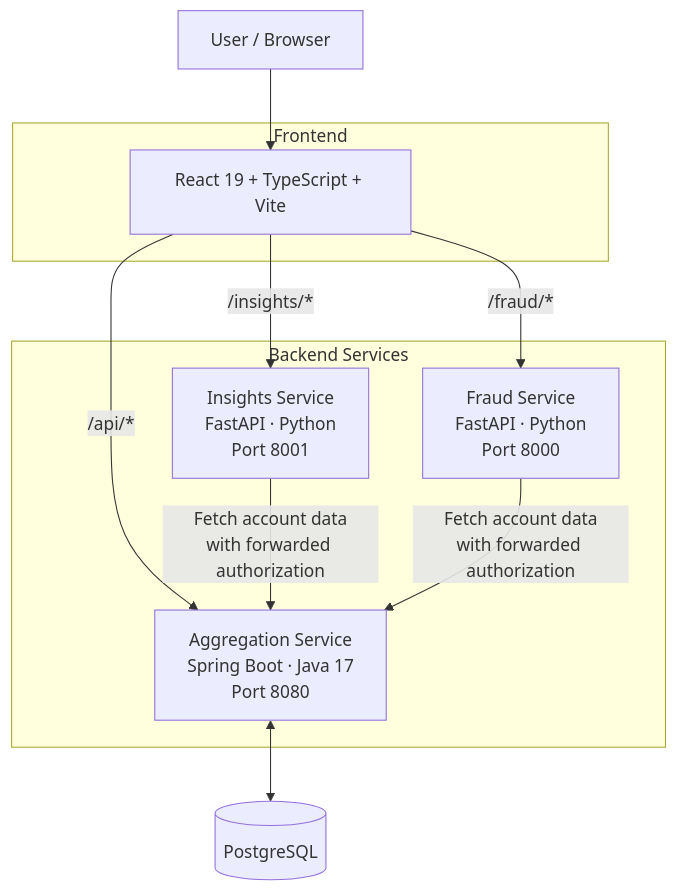
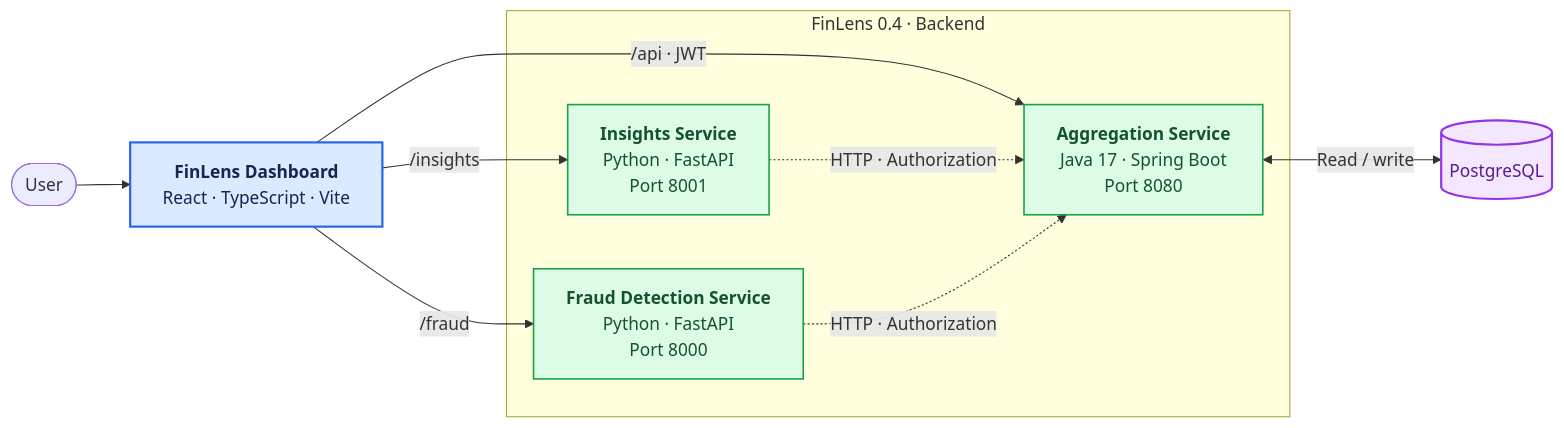
Before and after one commit to H3D1/finlens: the diagram in README.md, drawn with Mermaid.

Commit message:
Update flowchart and service details in README

````diff
--- a/README.md
+++ b/README.md
@@ -61,25 +61,30 @@
 ```mermaid
-flowchart TB
-    U["User / Browser"]
+flowchart LR
+    User(["User"])
+    UI["<b>FinLens Dashboard</b><br/>React · TypeScript · Vite"]
 
-    subgraph FE["Frontend"]
-        R["React 19 + TypeScript + Vite"]
-    end
-
-    subgraph SERVICES["Backend Services"]
-        A["Aggregation Service<br/>Spring Boot · Java 17<br/>Port 8080"]
-        I["Insights Service<br/>FastAPI · Python<br/>Port 8001"]
-        F["Fraud Service<br/>FastAPI · Python<br/>Port 8000"]
+    subgraph Backend["FinLens 0.4 · Backend"]
+        INS["<b>Insights Service</b><br/>Python · FastAPI<br/>Port 8001"]
+        FRAUD["<b>Fraud Detection Service</b><br/>Python · FastAPI<br/>Port 8000"]
+        API["<b>Aggregation Service</b><br/>Java 17 · Spring Boot<br/>Port 8080"]
     end
 
     DB[("PostgreSQL")]
 
-    U --> R
-    R -->|"/api/*"| A
-    R -->|"/insights/*"| I
-    R -->|"/fraud/*"| F
+    User --> UI
+    UI -->|"/insights"| INS
+    UI -->|"/fraud"| FRAUD
+    UI -->|"/api · JWT"| API
 
-    A <--> DB
-    I -->|"Fetch account data<br/>with forwarded authorization"| A
-    F -->|"Fetch account data<br/>with forwarded authorization"| A
+    INS -.->|"HTTP · Authorization"| API
+    FRAUD -.->|"HTTP · Authorization"| API
+    API <-->|"Read / write"| DB
+
+    classDef frontend fill:#dbeafe,stroke:#2563eb,color:#172554,stroke-width:2px
+    classDef backend fill:#dcfce7,stroke:#16a34a,color:#14532d,stroke-width:1.5px
+    classDef database fill:#f3e8ff,stroke:#9333ea,color:#581c87,stroke-width:2px
+
+    class UI frontend
+    class API,INS,FRAUD backend
+    class DB database
 ```
````
